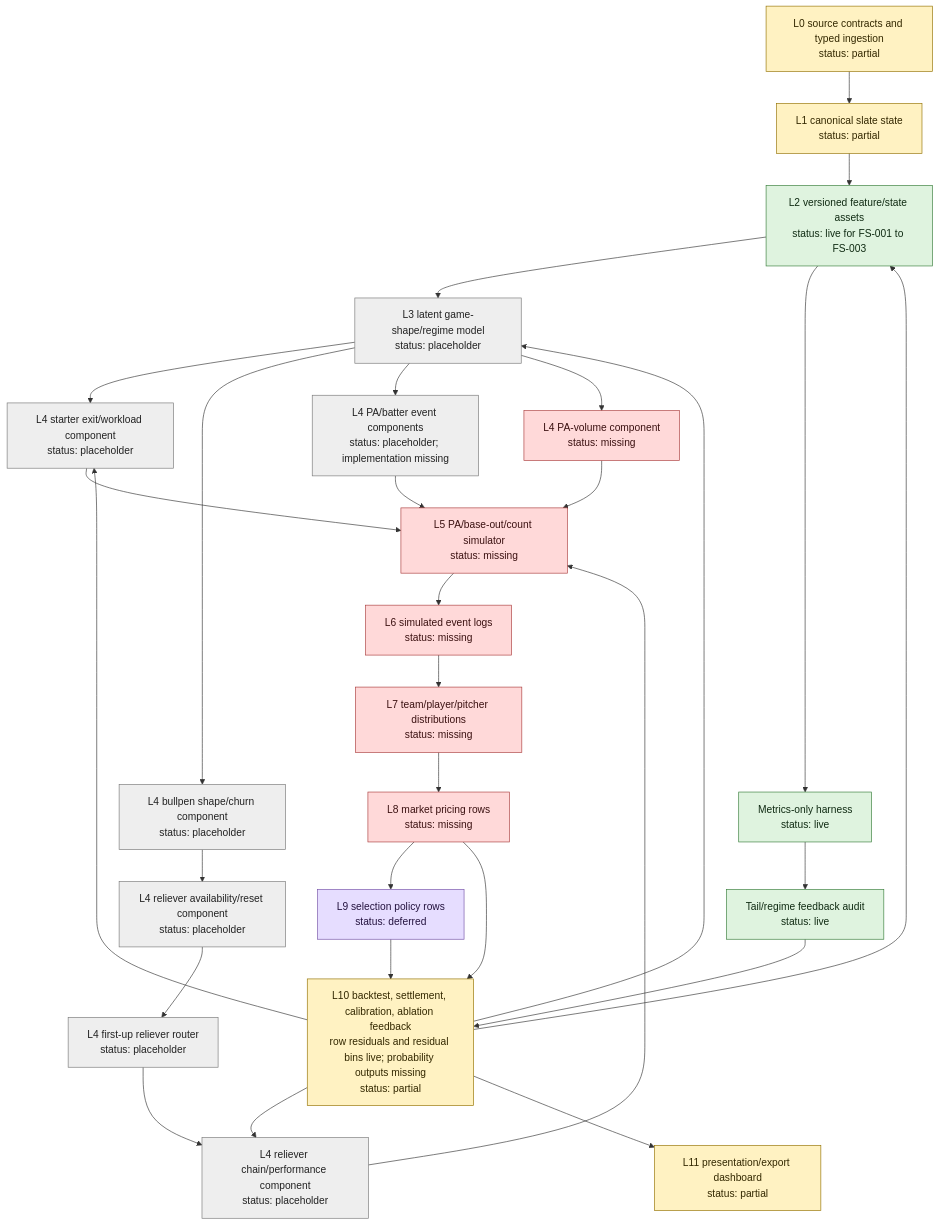
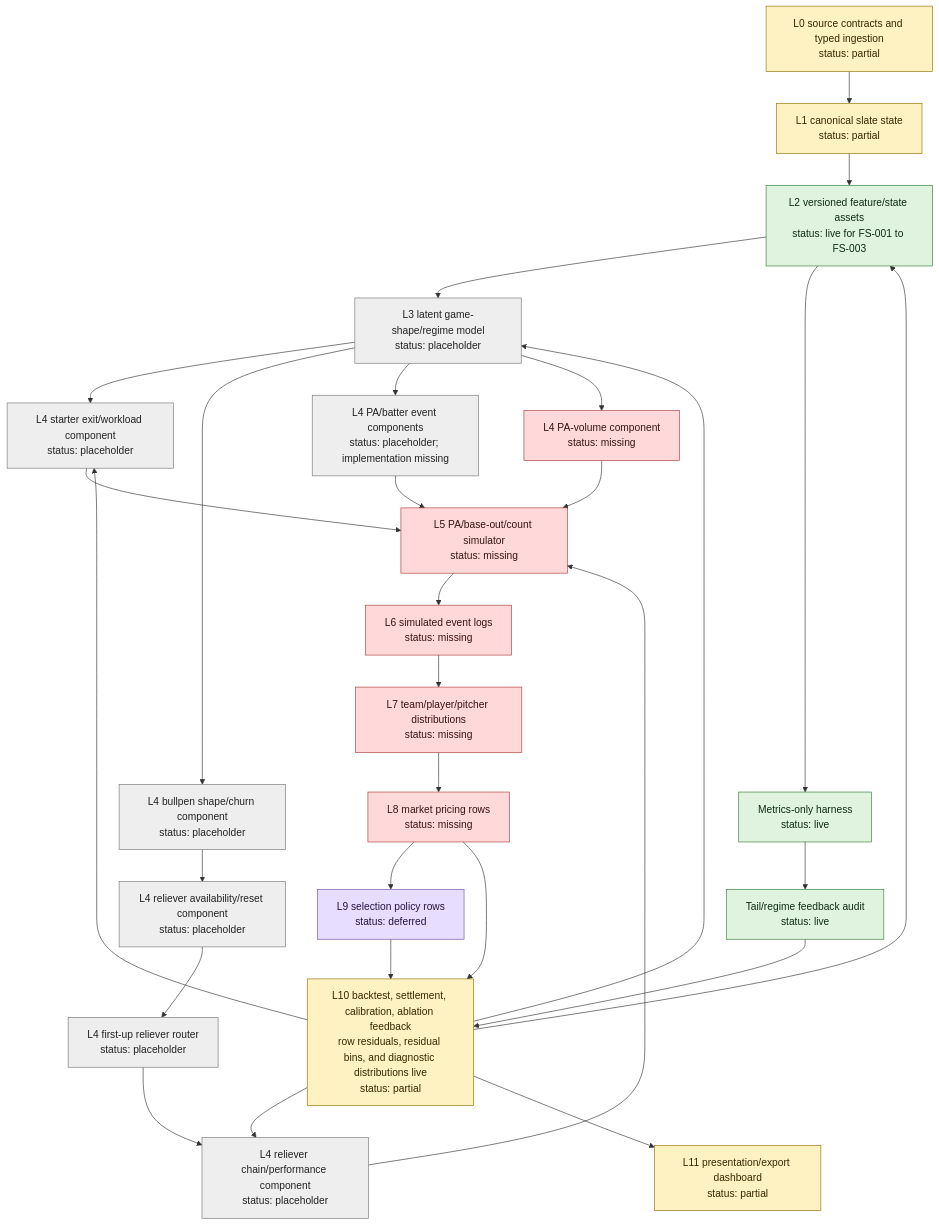
The second of 4 diagrams in run-plans/mlb/2026-06-03-mlb-m3-alpha-state-progress.md (jiancchen/SlateAi), drawn with Mermaid before and after one commit. The commit also changed other lines of this file and 44 other files, not shown here.

````diff
--- a/run-plans/mlb/2026-06-03-mlb-m3-alpha-state-progress.md
+++ b/run-plans/mlb/2026-06-03-mlb-m3-alpha-state-progress.md
@@ -94,45 +97,45 @@
 ```mermaid
 flowchart TD
   L0["L0 source contracts and typed ingestion<br/>status: partial"] --> L1["L1 canonical slate state<br/>status: partial"]
   L1 --> L2["L2 versioned feature/state assets<br/>status: live for FS-001 to FS-003"]
   L2 --> L3["L3 latent game-shape/regime model<br/>status: placeholder"]
   L3 --> L4A["L4 starter exit/workload component<br/>status: placeholder"]
   L3 --> L4B["L4 bullpen shape/churn component<br/>status: placeholder"]
   L4B --> L4C["L4 reliever availability/reset component<br/>status: placeholder"]
   L4C --> L4D["L4 first-up reliever router<br/>status: placeholder"]
   L4D --> L4E["L4 reliever chain/performance component<br/>status: placeholder"]
   L3 --> L4F["L4 PA/batter event components<br/>status: placeholder; implementation missing"]
   L3 --> L4G["L4 PA-volume component<br/>status: missing"]
 
   L4A --> L5["L5 PA/base-out/count simulator<br/>status: missing"]
   L4E --> L5
   L4F --> L5
   L4G --> L5
   L5 --> L6["L6 simulated event logs<br/>status: missing"]
   L6 --> L7["L7 team/player/pitcher distributions<br/>status: missing"]
   L7 --> L8["L8 market pricing rows<br/>status: missing"]
   L8 --> L9["L9 selection policy rows<br/>status: deferred"]
-  L8 --> L10["L10 backtest, settlement, calibration, ablation feedback<br/>row residuals and residual bins live; probability outputs missing<br/>status: partial"]
+  L8 --> L10["L10 backtest, settlement, calibration, ablation feedback<br/>row residuals, residual bins, and diagnostic distributions live<br/>status: partial"]
   L9 --> L10
   L10 --> L2
   L10 --> L3
   L10 --> L4A
   L10 --> L4E
   L10 --> L11["L11 presentation/export dashboard<br/>status: partial"]
 
   L2 --> H["Metrics-only harness<br/>status: live"]
   H --> TC["Tail/regime feedback audit<br/>status: live"]
   TC --> L10
 
   classDef live fill:#dff3df,stroke:#367c39,color:#102b13;
   classDef partial fill:#fff2c2,stroke:#927000,color:#332800;
   classDef placeholder fill:#eeeeee,stroke:#777777,color:#222222;
   classDef missing fill:#ffd9d9,stroke:#aa3b3b,color:#3b1111;
   classDef deferred fill:#e6ddff,stroke:#7451a6,color:#24133f;
 
   class L2,H,TC live;
   class L0,L1,L10,L11 partial;
   class L3,L4A,L4B,L4C,L4D,L4E,L4F placeholder;
   class L4G,L5,L6,L7,L8 missing;
   class L9 deferred;
 ```
````
